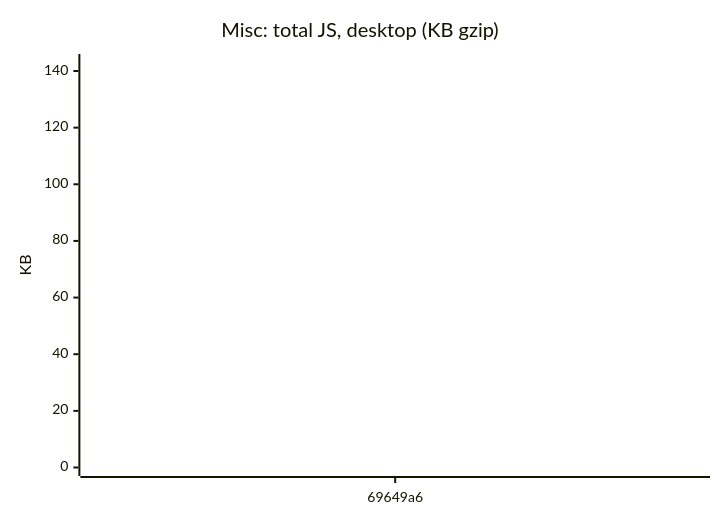
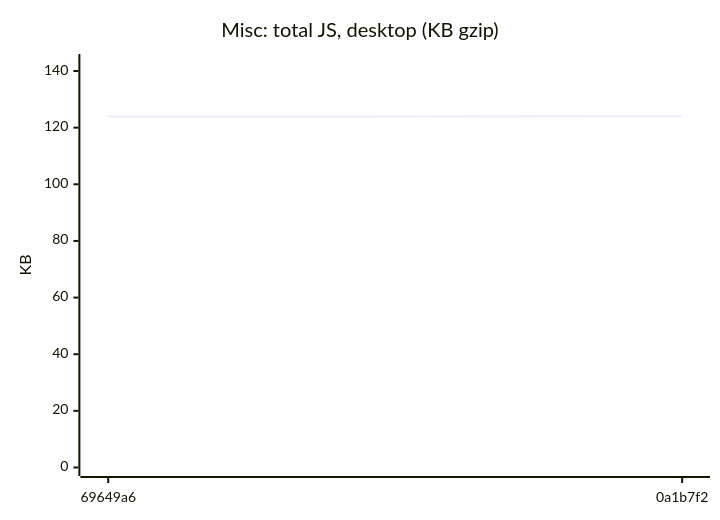
One commit to AxelUser/maltsev.space changed the seventh of 18 diagrams in README.md. Above: the diagram before and after it, drawn with Mermaid. The commit also changed other lines of this file and 1 other file, not shown here.

````diff
--- a/README.md
+++ b/README.md
@@ -89,7 +89,7 @@
 ```mermaid
 xychart-beta
   title "Misc: total JS, desktop (KB gzip)"
-  x-axis ["69649a6"]
+  x-axis ["69649a6", "0a1b7f2"]
   y-axis "KB" 0 --> 143
-  line [123.9]
+  line [123.9, 124]
 ```
````
